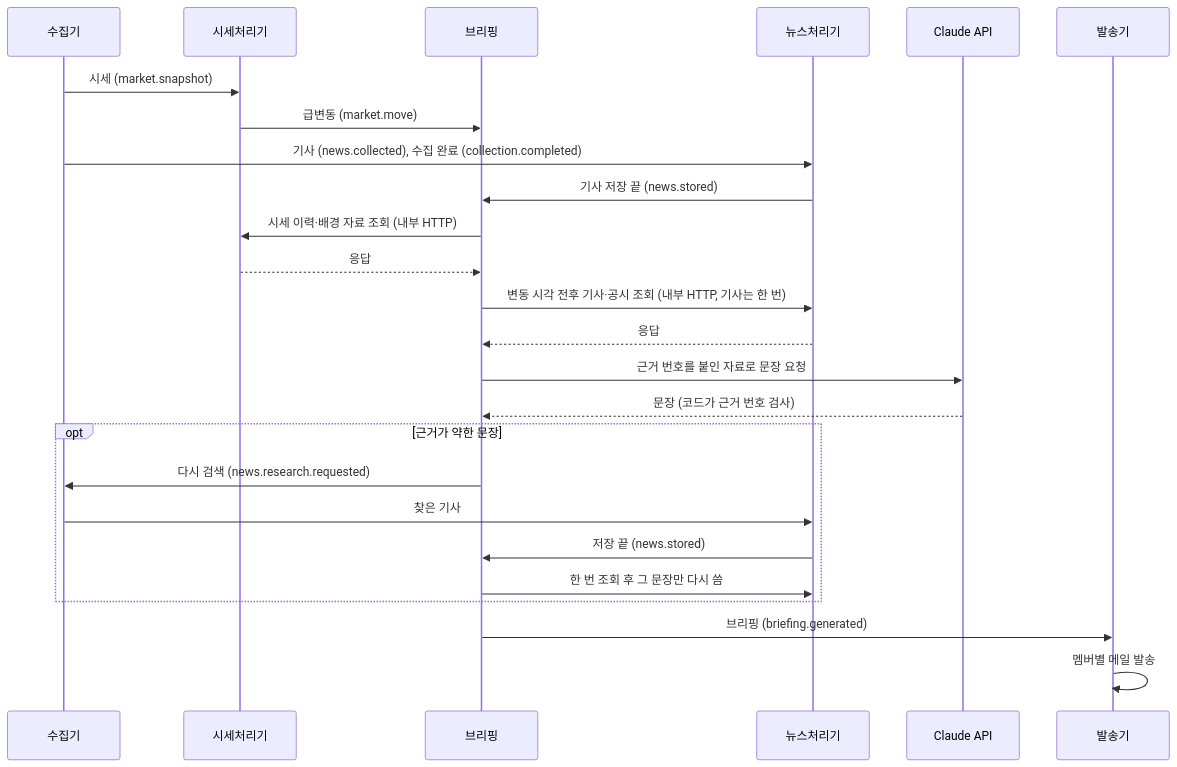
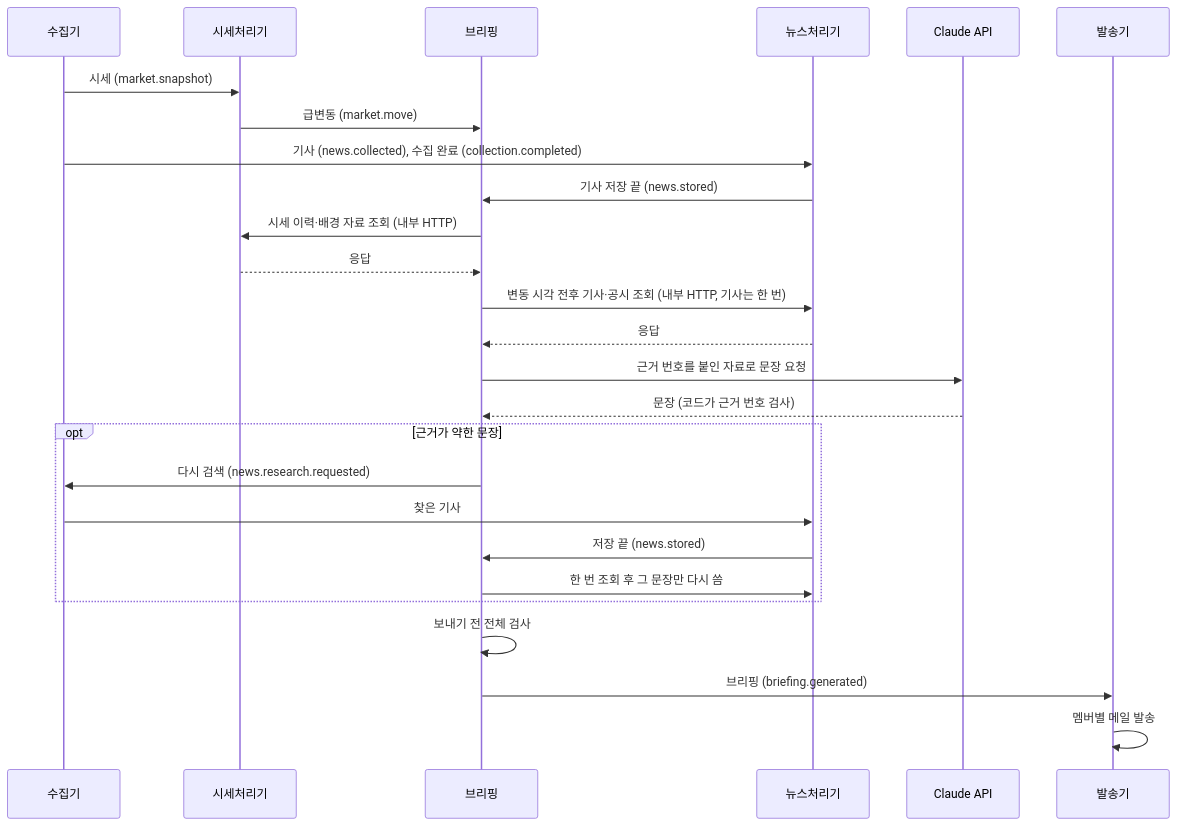
One commit to yc0191/stock-reading changed the first of 2 diagrams in README.md. Above: the diagram before and after it, drawn with Mermaid. The commit also changed other lines of this file and 1 other file, not shown here.

````diff
--- a/README.md
+++ b/README.md
@@ -48,27 +48,28 @@
 ```mermaid
 sequenceDiagram
     participant C as 수집기
     participant M as 시세처리기
     participant B as 브리핑
     participant N as 뉴스처리기
     participant L as Claude API
     participant S as 발송기
     C->>M: 시세 (market.snapshot)
     M->>B: 급변동 (market.move)
     C->>N: 기사 (news.collected), 수집 완료 (collection.completed)
     N->>B: 기사 저장 끝 (news.stored)
     B->>M: 시세 이력·배경 자료 조회 (내부 HTTP)
     M-->>B: 응답
     B->>N: 변동 시각 전후 기사·공시 조회 (내부 HTTP, 기사는 한 번)
     N-->>B: 응답
     B->>L: 근거 번호를 붙인 자료로 문장 요청
     L-->>B: 문장 (코드가 근거 번호 검사)
     opt 근거가 약한 문장
         B->>C: 다시 검색 (news.research.requested)
         C->>N: 찾은 기사
         N->>B: 저장 끝 (news.stored)
         B->>N: 한 번 조회 후 그 문장만 다시 씀
     end
+    B->>B: 보내기 전 전체 검사
     B->>S: 브리핑 (briefing.generated)
     S->>S: 멤버별 메일 발송
 ```
````
